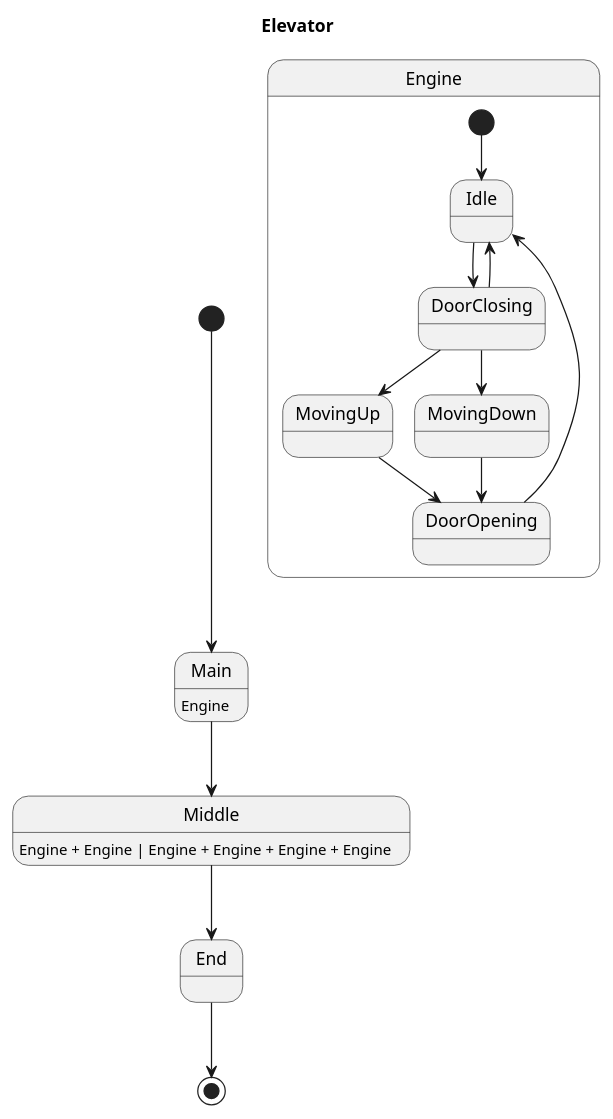
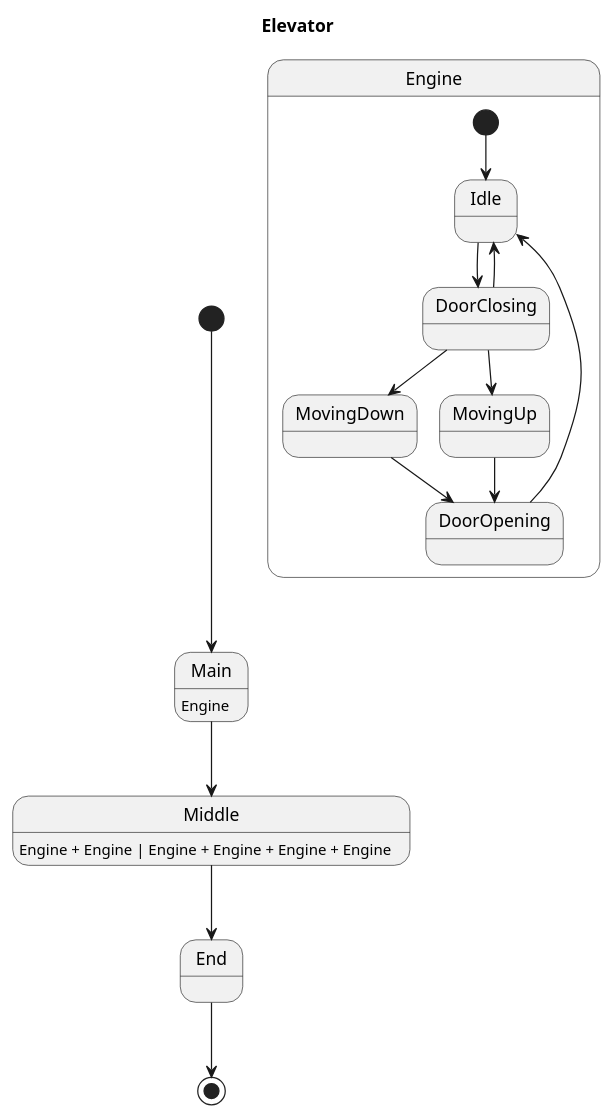
The diagram in examples/generated/plantuml/elevator.puml (Pastor/Takt), drawn with PlantUML before and after one commit. The commit also changed other lines of this file and 18 other files, not shown here.

```diff
--- a/examples/generated/plantuml/elevator.puml
+++ b/examples/generated/plantuml/elevator.puml
@@ -1,22 +1,22 @@
 @startuml
 title Elevator
 
 [*] --> Main
+End --> [*]
 Middle : Engine + Engine | Engine + Engine + Engine + Engine
 Middle --> End
-End --> [*]
 Main : Engine
 Main --> Middle
 
 state Engine {
     [*] --> Idle
     DoorOpening --> Idle
     Idle --> DoorClosing
+    MovingDown --> DoorOpening
     MovingUp --> DoorOpening
-    MovingDown --> DoorOpening
     DoorClosing --> Idle
     DoorClosing --> MovingUp
     DoorClosing --> MovingDown
 }
 
 @enduml
```
